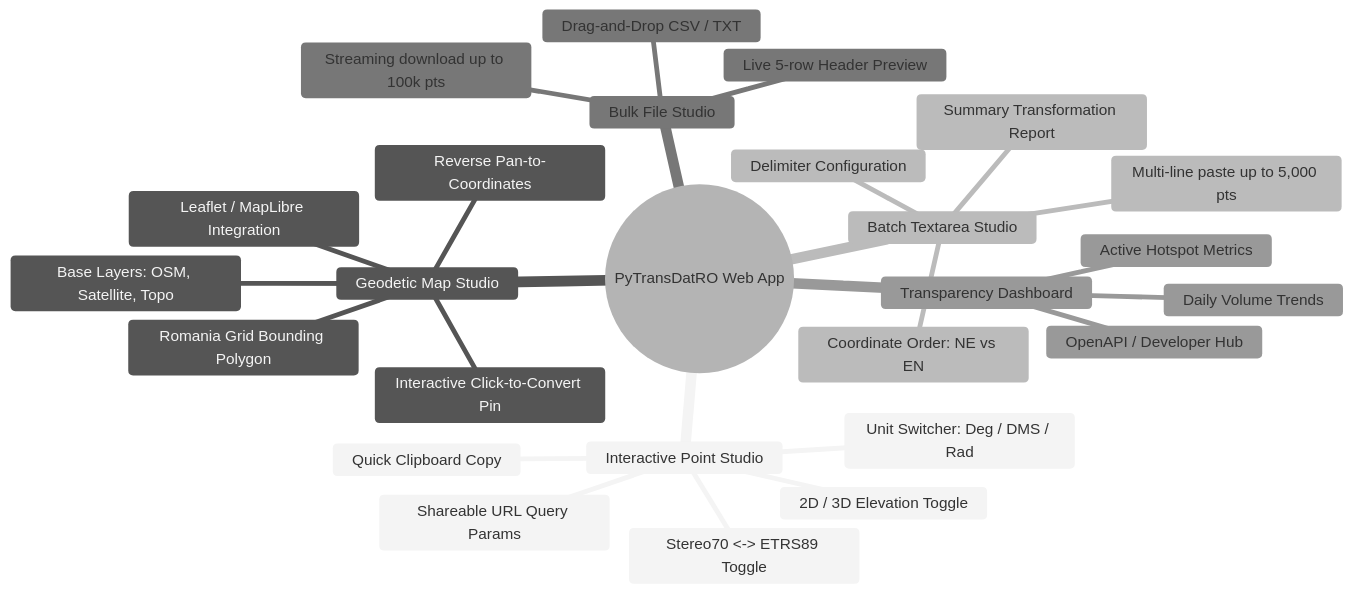
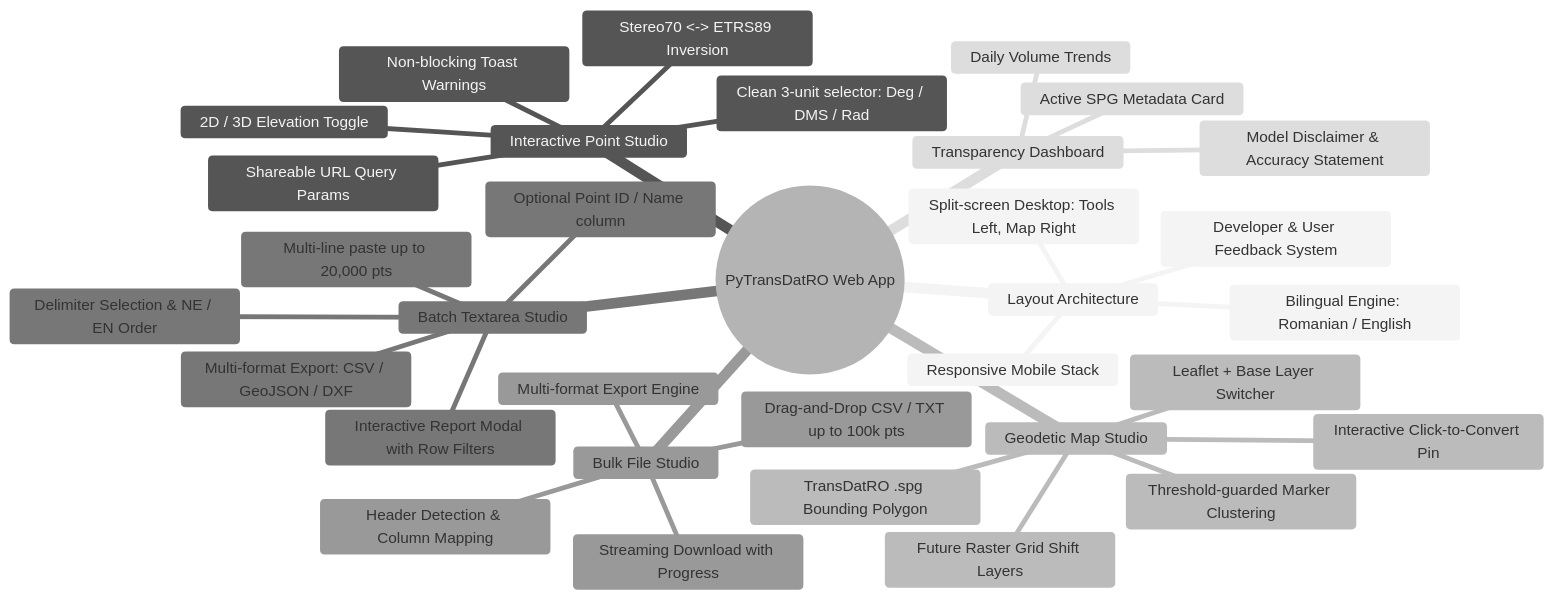
One commit to bogdanmorosanu/PyTransDatRO changed the second of 3 diagrams in specs/web_app.md. Above: the diagram before and after it, drawn with Mermaid (neutral theme). The commit also changed other lines of this file and 45 other files, not shown here.

````diff
--- a/specs/web_app.md
+++ b/specs/web_app.md
@@ -59,29 +82,36 @@
 ```mermaid
 mindmap
   root((PyTransDatRO Web App))
+    Layout Architecture
+      Split-screen Desktop: Tools Left, Map Right
+      Responsive Mobile Stack
+      Bilingual Engine: Romanian / English
+      Developer & User Feedback System
     Interactive Point Studio
-      Stereo70 <-> ETRS89 Toggle
-      Unit Switcher: Deg / DMS / Rad
+      Stereo70 <-> ETRS89 Inversion
+      Clean 3-unit selector: Deg / DMS / Rad
       2D / 3D Elevation Toggle
       Shareable URL Query Params
-      Quick Clipboard Copy
+      Non-blocking Toast Warnings
     Geodetic Map Studio
-      Leaflet / MapLibre Integration
-      Romania Grid Bounding Polygon
+      Leaflet + Base Layer Switcher
+      TransDatRO .spg Bounding Polygon
       Interactive Click-to-Convert Pin
-      Reverse Pan-to-Coordinates
-      Base Layers: OSM, Satellite, Topo
+      Threshold-guarded Marker Clustering
+      Future Raster Grid Shift Layers
     Batch Textarea Studio
-      Multi-line paste up to 5,000 pts
-      Delimiter Configuration
-      Coordinate Order: NE vs EN
-      Summary Transformation Report
+      Multi-line paste up to 20,000 pts
+      Optional Point ID / Name column
+      Delimiter Selection & NE / EN Order
+      Multi-format Export: CSV / GeoJSON / DXF
+      Interactive Report Modal with Row Filters
     Bulk File Studio
-      Drag-and-Drop CSV / TXT
-      Live 5-row Header Preview
-      Streaming download up to 100k pts
+      Drag-and-Drop CSV / TXT up to 100k pts
+      Header Detection & Column Mapping
+      Streaming Download with Progress
+      Multi-format Export Engine
     Transparency Dashboard
       Daily Volume Trends
-      Active Hotspot Metrics
-      OpenAPI / Developer Hub
+      Active SPG Metadata Card
+      Model Disclaimer & Accuracy Statement
 ```
````
